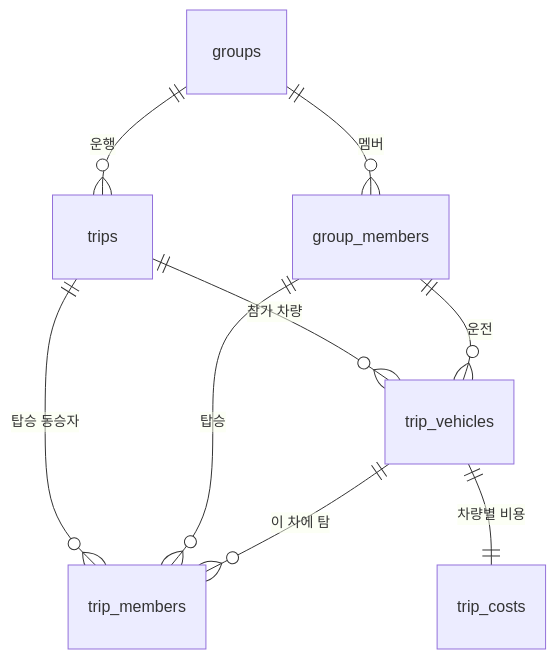
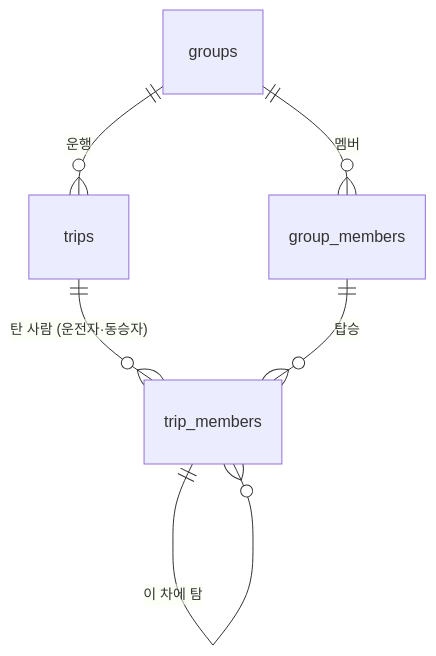
Before and after one commit to Nanugil/nanugil-android: the second of 2 diagrams in docs/group-trip-api.md, drawn with Mermaid. The commit also changed other lines of this file, not shown here.

First line of the commit message:
docs(api): 전기차 정산 열 추가, 운전자·동승자 운행별 구분, 테이블 7개 → 4개 (#12)

````diff
--- a/docs/group-trip-api.md
+++ b/docs/group-trip-api.md
@@ -199,11 +199,8 @@
 ```mermaid
 erDiagram
     groups ||--o{ group_members : "멤버"
     groups ||--o{ trips : "운행"
-    trips ||--o{ trip_vehicles : "참가 차량"
-    trips ||--o{ trip_members : "탑승 동승자"
-    group_members ||--o{ trip_vehicles : "운전"
+    trips ||--o{ trip_members : "탄 사람 (운전자·동승자)"
     group_members ||--o{ trip_members : "탑승"
-    trip_vehicles ||--o{ trip_members : "이 차에 탐"
-    trip_vehicles ||--|| trip_costs : "차량별 비용"
+    trip_members ||--o{ trip_members : "이 차에 탐"
 ```
````
